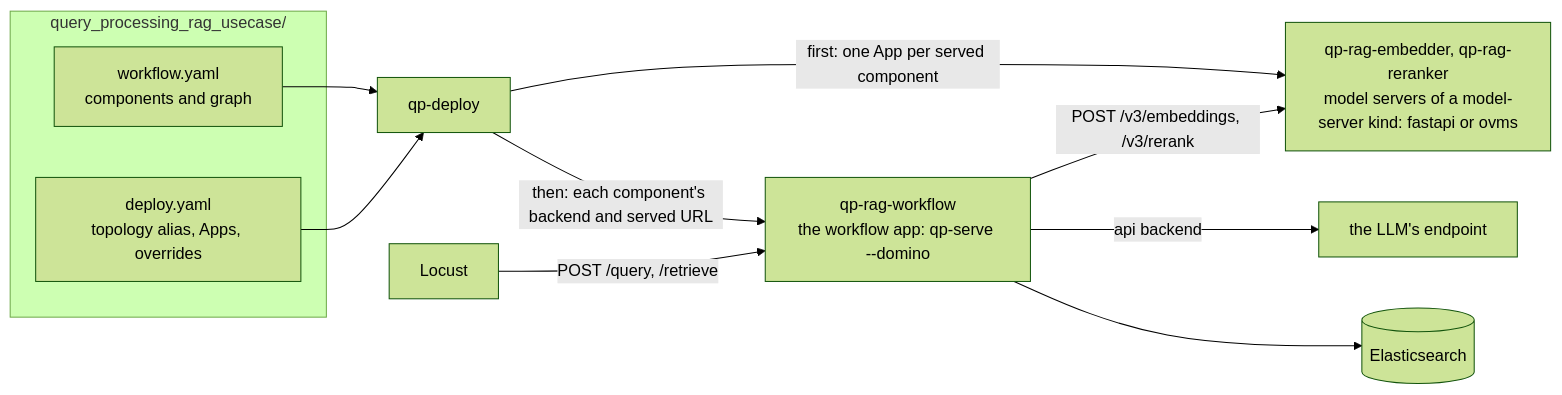
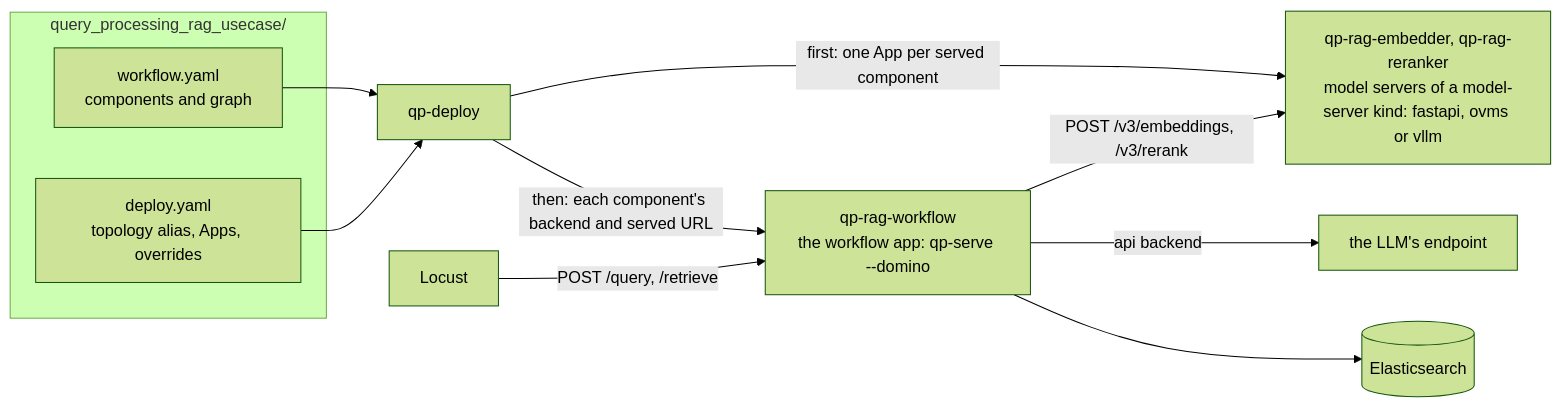
One commit to msobroza/rag_topology_loadtest changed the diagram in README.md. Above: the diagram before and after it, drawn with Mermaid (forest theme). The commit also changed other lines of this file and 7 other files, not shown here.

Commit message:
The documents and the example files name every server speed setting, its default and why, and vLLM as the third model-server kind

````diff
--- a/README.md
+++ b/README.md
@@ -125,15 +125,15 @@
 ```mermaid
 flowchart LR
     subgraph UC["query_processing_rag_usecase/"]
         WF["workflow.yaml<br/>components and graph"]
         DF["deploy.yaml<br/>topology alias, Apps, overrides"]
     end
     WF --> QD["qp-deploy"]
     DF --> QD
-    QD -->|"first: one App per served component"| MS["qp-rag-embedder, qp-rag-reranker<br/>model servers of a model-server kind: fastapi or ovms"]
+    QD -->|"first: one App per served component"| MS["qp-rag-embedder, qp-rag-reranker<br/>model servers of a model-server kind: fastapi, ovms or vllm"]
     QD -->|"then: each component's backend and served URL"| WA["qp-rag-workflow<br/>the workflow app: qp-serve --domino"]
     WA -->|"POST /v3/embeddings, /v3/rerank"| MS
     WA -->|"api backend"| EP["the LLM's endpoint"]
     WA --> ES[("Elasticsearch")]
     LO["Locust"] -->|"POST /query, /retrieve"| WA
 ```
````
